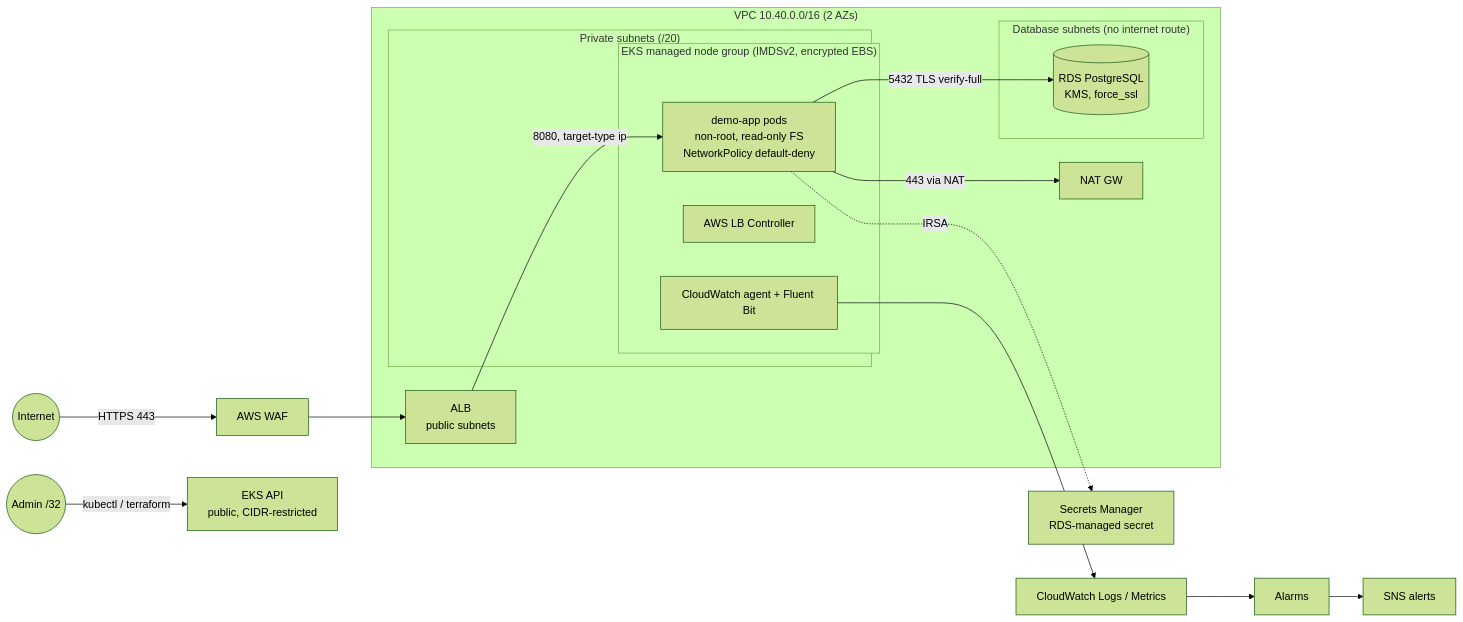
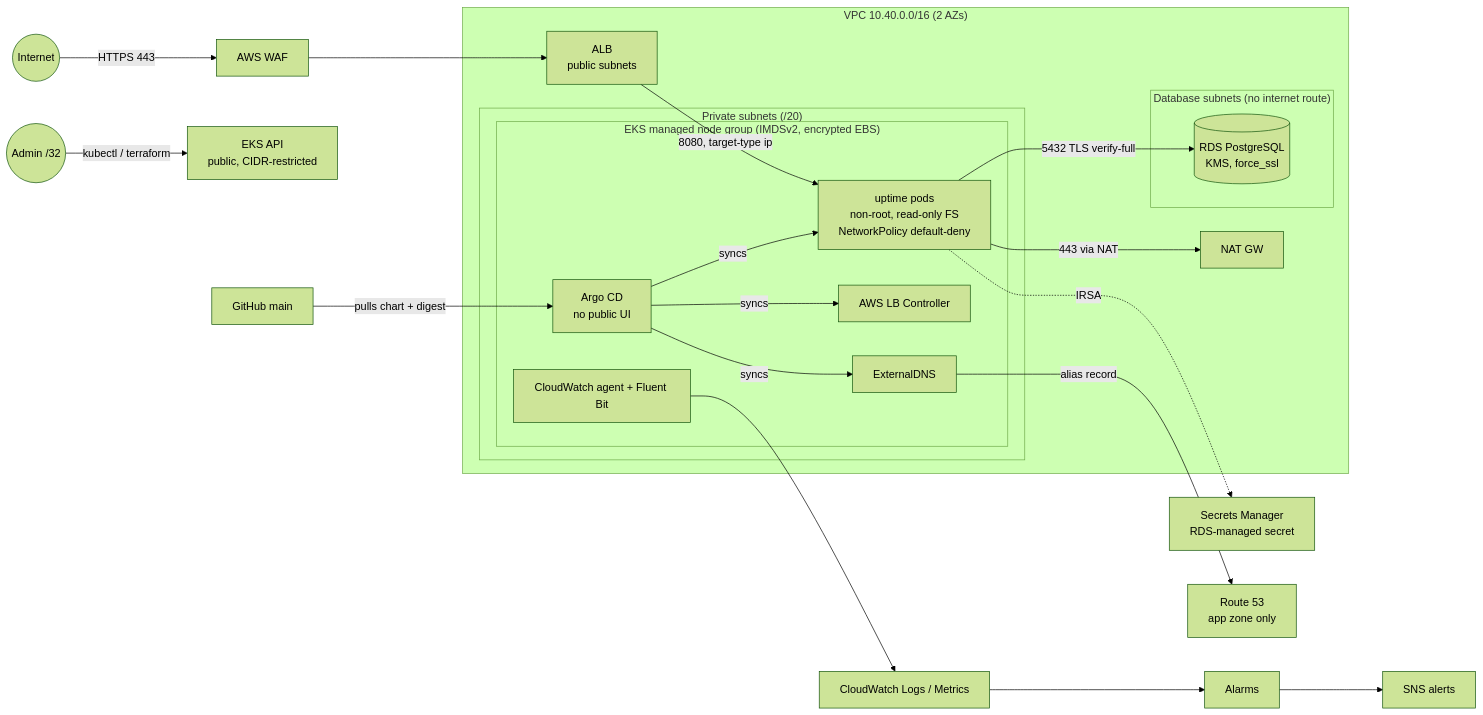
Before and after one commit to Anthonyhudnall92/incode-sre-assessment: the diagram in README.md, drawn with Mermaid (forest theme). The commit also changed other lines of this file and 1 other file, not shown here.

First line of the commit message:
2026-11-02: Document releases and operations under Argo CD

````diff
--- a/README.md
+++ b/README.md
@@ -19,27 +19,34 @@
 ```mermaid
 flowchart LR
   user((Internet)) -->|HTTPS 443| waf[AWS WAF]
   waf --> alb[ALB<br/>public subnets]
 
   subgraph VPC["VPC 10.40.0.0/16 (2 AZs)"]
     alb -->|8080, target-type ip| pods
     subgraph private["Private subnets (/20)"]
       subgraph eks["EKS managed node group (IMDSv2, encrypted EBS)"]
-        pods[demo-app pods<br/>non-root, read-only FS<br/>NetworkPolicy default-deny]
+        pods[uptime pods<br/>non-root, read-only FS<br/>NetworkPolicy default-deny]
+        argo[Argo CD<br/>no public UI]
         lbc[AWS LB Controller]
+        edns[ExternalDNS]
         cw[CloudWatch agent + Fluent Bit]
       end
     end
     subgraph db["Database subnets (no internet route)"]
       rds[(RDS PostgreSQL<br/>KMS, force_ssl)]
     end
     pods -->|5432 TLS verify-full| rds
     nat[NAT GW] 
   end
 
   pods -. IRSA .-> sm[Secrets Manager<br/>RDS-managed secret]
   pods -->|443 via NAT| nat
   cw --> cwl[CloudWatch Logs / Metrics]
   cwl --> alarms[Alarms] --> sns[SNS alerts]
   admin((Admin /32)) -->|kubectl / terraform| api[EKS API<br/>public, CIDR-restricted]
+  gh[GitHub main] -->|pulls chart + digest| argo
+  argo -->|syncs| pods
+  argo -->|syncs| lbc
+  argo -->|syncs| edns
+  edns -->|alias record| r53[Route 53<br/>app zone only]
 ```
````
